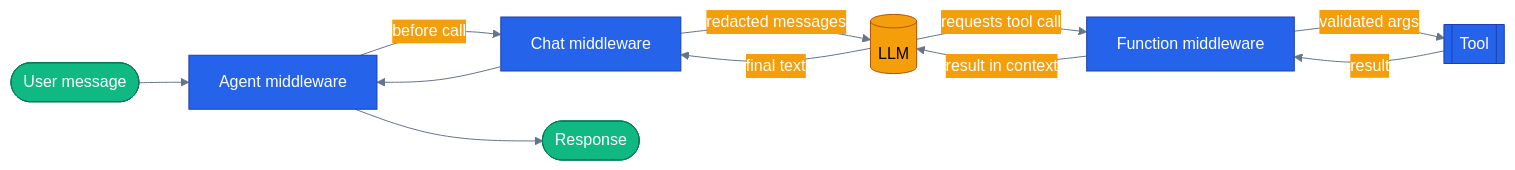
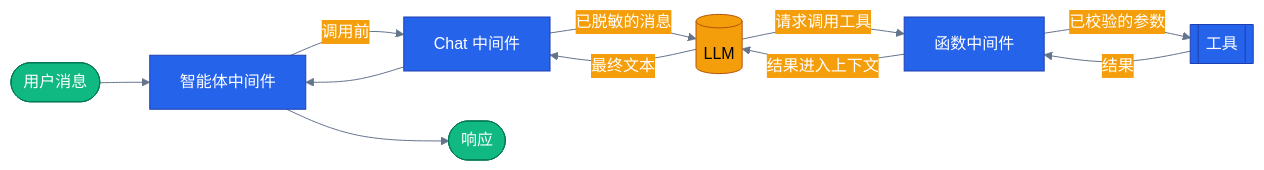
Before and after one commit to s1encisi/reliable-commerce-agents: the diagram in tutorials/06-middleware/README.md, drawn with Mermaid. The commit also changed other lines of this file and 1033 other files, not shown here.

````diff
--- a/tutorials/06-middleware/README.md
+++ b/tutorials/06-middleware/README.md
@@ -26,37 +28,37 @@
 ```mermaid
 %%{init: {'theme':'base', 'themeVariables': {
   'primaryColor': '#2563eb','primaryTextColor': '#ffffff','primaryBorderColor': '#1e40af',
   'lineColor': '#64748b','secondaryColor': '#f59e0b','tertiaryColor': '#10b981',
   'background': 'transparent'}}}%%
 flowchart LR
   classDef core     fill:#2563eb,stroke:#1e40af,color:#ffffff
   classDef external fill:#f59e0b,stroke:#b45309,color:#000000
   classDef success  fill:#10b981,stroke:#047857,color:#ffffff
 
-  user([User message])
-  agentmw[Agent middleware]
-  chatmw[Chat middleware]
+  user([用户消息])
+  agentmw[智能体中间件]
+  chatmw[Chat 中间件]
   llm[(LLM)]
-  funcmw[Function middleware]
-  tool[[Tool]]
-  answer([Response])
+  funcmw[函数中间件]
+  tool[[工具]]
+  answer([响应])
 
   user --> agentmw
-  agentmw -- "before call" --> chatmw
-  chatmw -- "redacted messages" --> llm
-  llm -- "requests tool call" --> funcmw
-  funcmw -- "validated args" --> tool
-  tool -- "result" --> funcmw
-  funcmw -- "result in context" --> llm
-  llm -- "final text" --> chatmw
+  agentmw -- "调用前" --> chatmw
+  chatmw -- "已脱敏的消息" --> llm
+  llm -- "请求调用工具" --> funcmw
+  funcmw -- "已校验的参数" --> tool
+  tool -- "结果" --> funcmw
+  funcmw -- "结果进入上下文" --> llm
+  llm -- "最终文本" --> chatmw
   chatmw --> agentmw
   agentmw --> answer
 
   class user success
   class answer success
   class llm external
   class agentmw core
   class chatmw core
   class funcmw core
   class tool core
 ```
````
